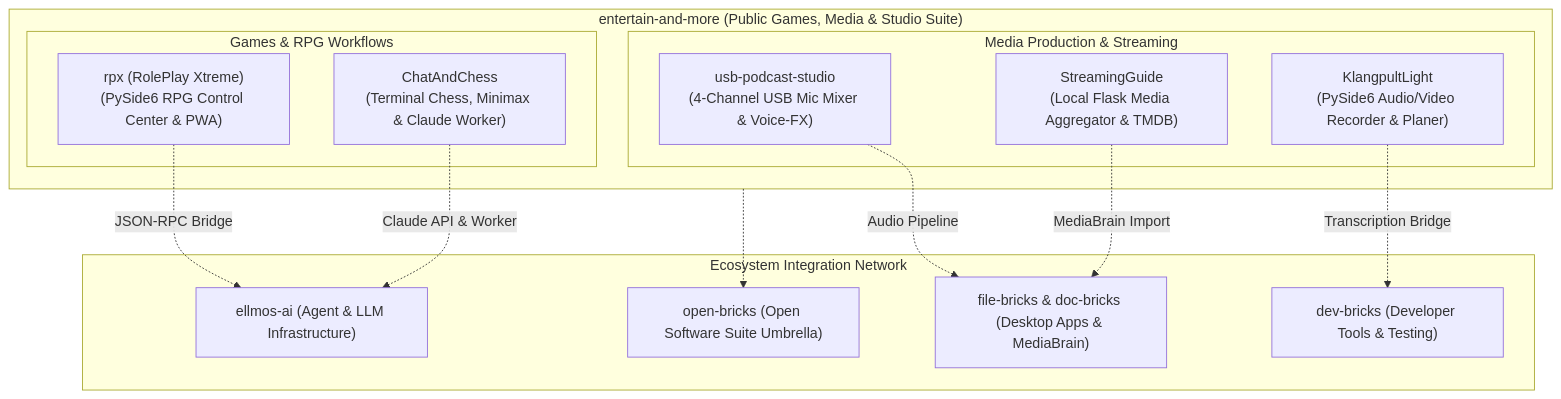
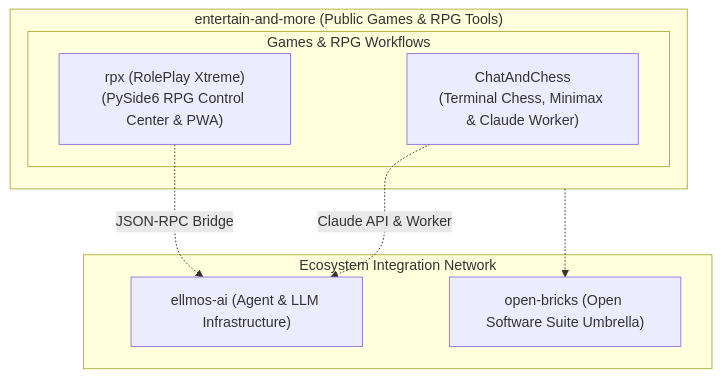
One commit to entertain-and-more/.github changed the diagram in profile/README.md. Above: the diagram before and after it, drawn with Mermaid. The commit also changed other lines of this file and 6 other files, not shown here.

````diff
--- a/profile/README.md
+++ b/profile/README.md
@@ -40,29 +37,19 @@
 ```mermaid
 graph TD
-    subgraph Org ["entertain-and-more (Public Games, Media & Studio Suite)"]
+    subgraph Org ["entertain-and-more (Public Games & RPG Tools)"]
         subgraph Gaming ["Games & RPG Workflows"]
             CC["ChatAndChess<br/>(Terminal Chess, Minimax & Claude Worker)"]
             RPX["rpx (RolePlay Xtreme)<br/>(PySide6 RPG Control Center & PWA)"]
         end
 
-        subgraph Media ["Media Production & Streaming"]
-            UPS["usb-podcast-studio<br/>(4-Channel USB Mic Mixer & Voice-FX)"]
-            SG["StreamingGuide<br/>(Local Flask Media Aggregator & TMDB)"]
-            KPL["KlangpultLight<br/>(PySide6 Audio/Video Recorder & Planer)"]
-        end
     end
 
     subgraph Eco ["Ecosystem Integration Network"]
         ELLMOS["ellmos-ai (Agent & LLM Infrastructure)"]
         OPEN["open-bricks (Open Software Suite Umbrella)"]
-        DESK["file-bricks & doc-bricks (Desktop Apps & MediaBrain)"]
-        DEV["dev-bricks (Developer Tools & Testing)"]
     end
 
     CC -.->|Claude API & Worker| ELLMOS
     RPX -.->|JSON-RPC Bridge| ELLMOS
-    SG -.->|MediaBrain Import| DESK
-    UPS -.->|Audio Pipeline| DESK
-    KPL -.->|Transcription Bridge| DEV
     Org -.-> OPEN
 ```
````
